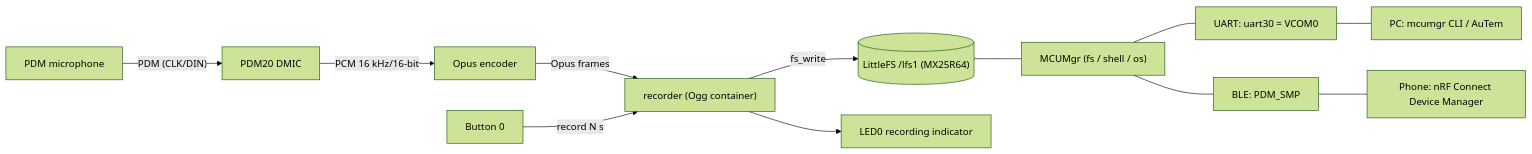
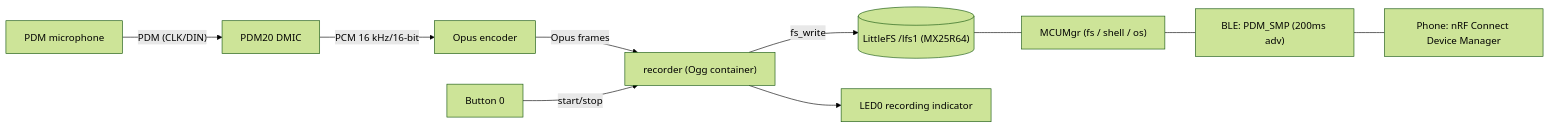
One commit to Jayant-Tang/nrf54l_pdm_opus_recorder changed the diagram in README.md. Above: the diagram before and after it, drawn with Mermaid (forest theme). The commit also changed other lines of this file and 14 other files, not shown here.

First line of the commit message:
On-demand recording, BLE-only SMP, and idle power fixes

````diff
--- a/README.md
+++ b/README.md
@@ -13,14 +13,12 @@
 ```mermaid
 flowchart LR
     mic["PDM microphone"] -->|"PDM (CLK/DIN)"| pdm["PDM20 DMIC"]
     pdm -->|"PCM 16 kHz/16-bit"| enc["Opus encoder"]
     enc -->|"Opus frames"| rec["recorder (Ogg container)"]
     rec -->|"fs_write"| lfs[("LittleFS /lfs1 (MX25R64)")]
-    btn["Button 0"] -->|"record N s"| rec
+    btn["Button 0"] -->|"start/stop"| rec
     rec --> led0["LED0 recording indicator"]
     lfs --- smp["MCUMgr (fs / shell / os)"]
-    smp --- uart["UART: uart30 = VCOM0"]
-    smp --- ble["BLE: PDM_SMP"]
-    uart --- pc["PC: mcumgr CLI / AuTem"]
+    smp --- ble["BLE: PDM_SMP (200ms adv)"]
     ble --- phone["Phone: nRF Connect Device Manager"]
 ```
````
